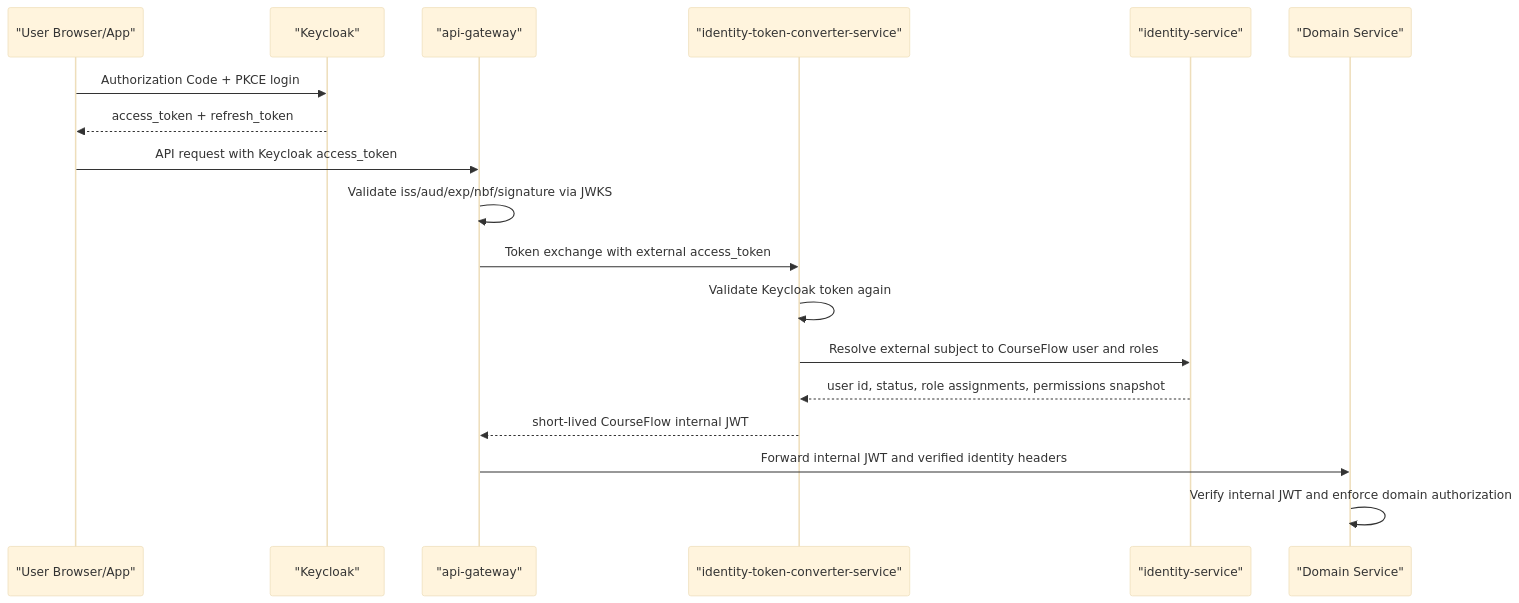
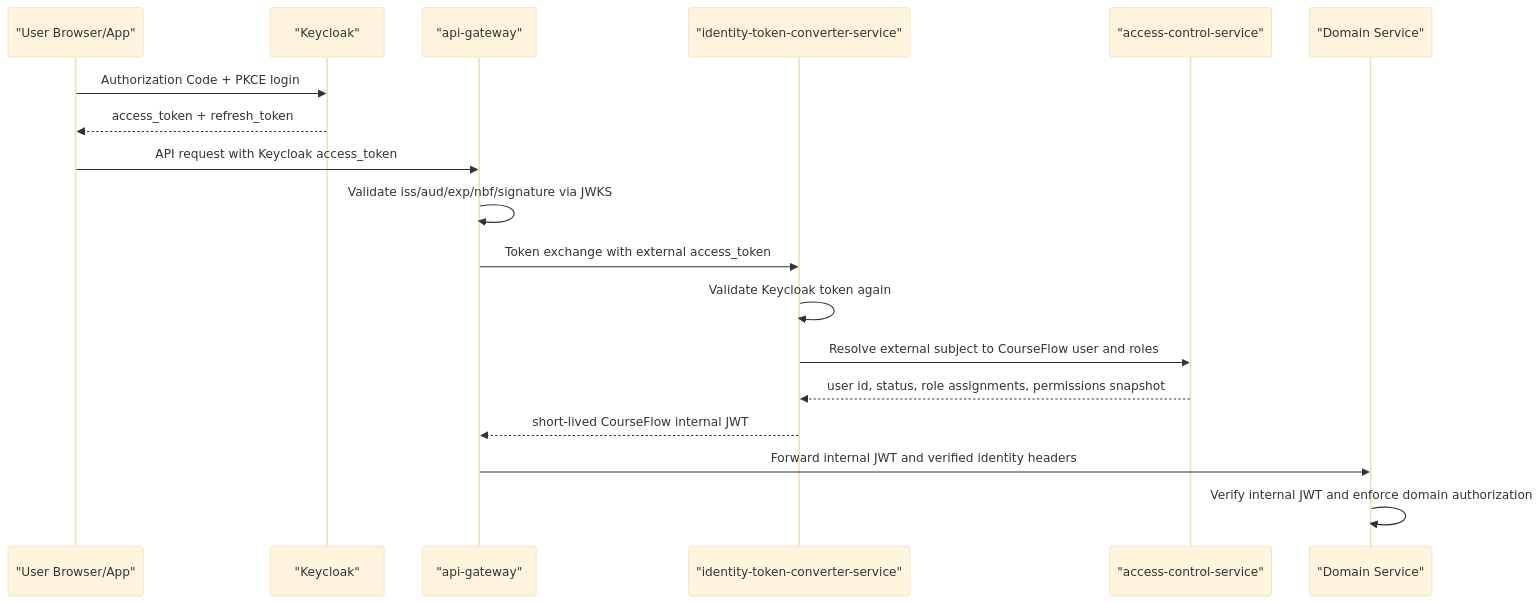
Before and after one commit to phamkhachoa/courseflow: the diagram in backend/docs/architecture/keycloak-enterprise-adoption.md, drawn with Mermaid (base theme). The commit also changed other lines of this file and 209 other files, not shown here.

````diff
--- a/backend/docs/architecture/keycloak-enterprise-adoption.md
+++ b/backend/docs/architecture/keycloak-enterprise-adoption.md
@@ -43,21 +52,21 @@
 ```mermaid
 sequenceDiagram
     participant User as "User Browser/App"
     participant KC as "Keycloak"
     participant GW as "api-gateway"
     participant STS as "identity-token-converter-service"
-    participant ID as "identity-service"
+    participant ACL as "access-control-service"
     participant SVC as "Domain Service"
 
     User->>KC: Authorization Code + PKCE login
     KC-->>User: access_token + refresh_token
     User->>GW: API request with Keycloak access_token
     GW->>GW: Validate iss/aud/exp/nbf/signature via JWKS
     GW->>STS: Token exchange with external access_token
     STS->>STS: Validate Keycloak token again
-    STS->>ID: Resolve external subject to CourseFlow user and roles
-    ID-->>STS: user id, status, role assignments, permissions snapshot
+    STS->>ACL: Resolve external subject to CourseFlow user and roles
+    ACL-->>STS: user id, status, role assignments, permissions snapshot
     STS-->>GW: short-lived CourseFlow internal JWT
     GW->>SVC: Forward internal JWT and verified identity headers
     SVC->>SVC: Verify internal JWT and enforce domain authorization
 ```
````
